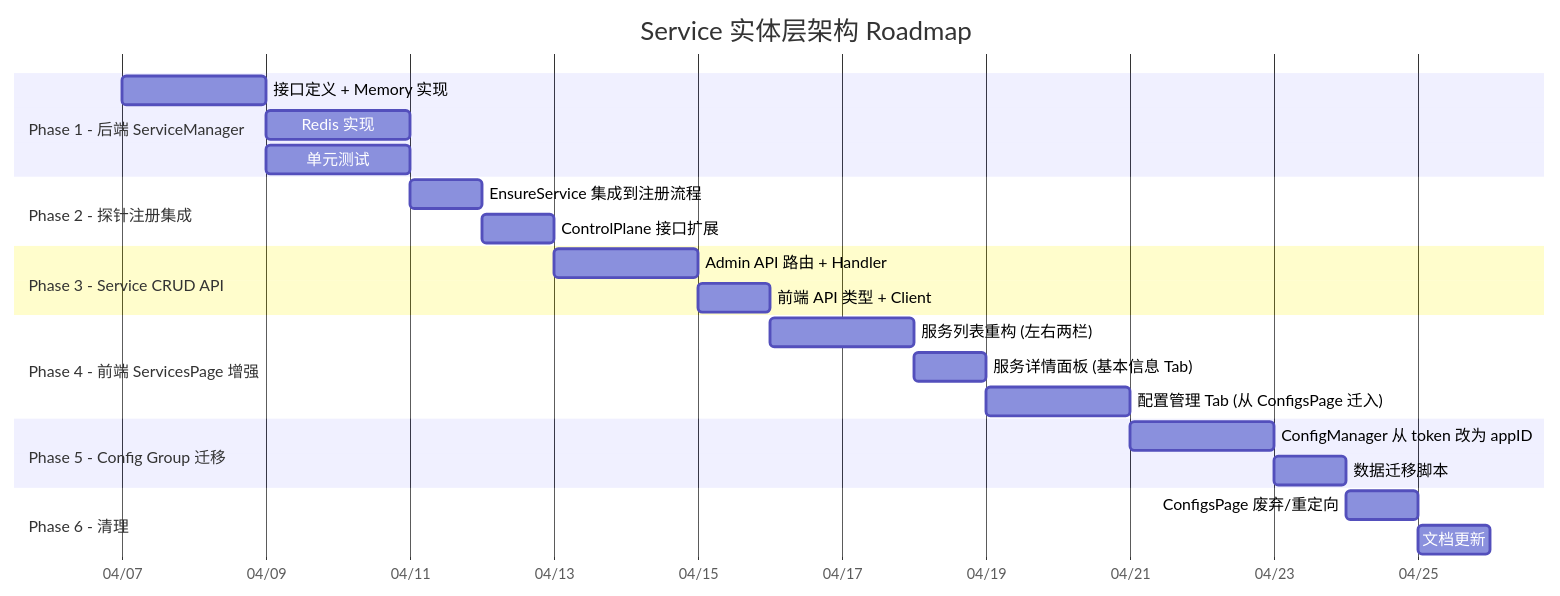
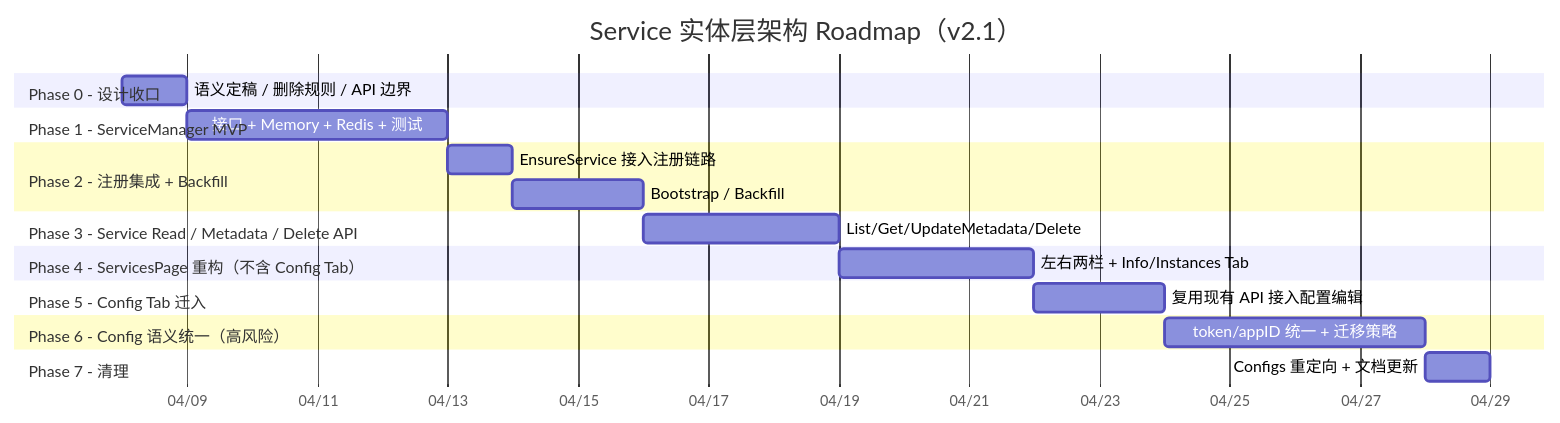
The sixth of 6 diagrams in docs/service-entity-architecture.md (junjiewwang/custom-opentelemetry-collector), drawn with Mermaid before and after one commit. The commit also changed other lines of this file, not shown here.

First line of the commit message:
docs: update service entity architecture - Phase 1~5 progress

````diff
--- a/docs/service-entity-architecture.md
+++ b/docs/service-entity-architecture.md
@@ -478,32 +746,31 @@
 ```mermaid
 gantt
-    title Service 实体层架构 Roadmap
+    title Service 实体层架构 Roadmap（v2.1）
     dateFormat  YYYY-MM-DD
     axisFormat  %m/%d
 
-    section Phase 1 - 后端 ServiceManager
-    接口定义 + Memory 实现          :p1a, 2026-04-07, 2d
-    Redis 实现                      :p1b, after p1a, 2d
-    单元测试                        :p1c, after p1a, 2d
+    section Phase 0 - 设计收口
+    语义定稿 / 删除规则 / API 边界   :p0, 2026-04-08, 1d
 
-    section Phase 2 - 探针注册集成
-    EnsureService 集成到注册流程     :p2a, after p1b, 1d
-    ControlPlane 接口扩展            :p2b, after p2a, 1d
+    section Phase 1 - ServiceManager MVP
+    接口 + Memory + Redis + 测试      :p1, after p0, 4d
 
-    section Phase 3 - Service CRUD API
-    Admin API 路由 + Handler         :p3a, after p2b, 2d
-    前端 API 类型 + Client           :p3b, after p3a, 1d
+    section Phase 2 - 注册集成 + Backfill
+    EnsureService 接入注册链路        :p2a, after p1, 1d
+    Bootstrap / Backfill              :p2b, after p2a, 2d
 
-    section Phase 4 - 前端 ServicesPage 增强
-    服务列表重构 (左右两栏)          :p4a, after p3b, 2d
-    服务详情面板 (基本信息 Tab)      :p4b, after p4a, 1d
-    配置管理 Tab (从 ConfigsPage 迁入):p4c, after p4b, 2d
+    section Phase 3 - Service Read / Metadata / Delete API
+    List/Get/UpdateMetadata/Delete    :p3, after p2b, 3d
 
-    section Phase 5 - Config Group 迁移
-    ConfigManager 从 token 改为 appID :p5a, after p4c, 2d
-    数据迁移脚本                     :p5b, after p5a, 1d
+    section Phase 4 - ServicesPage 重构（不含 Config Tab）
+    左右两栏 + Info/Instances Tab     :p4, after p3, 3d
 
-    section Phase 6 - 清理
-    ConfigsPage 废弃/重定向          :p6a, after p5b, 1d
-    文档更新                         :p6b, after p6a, 1d
+    section Phase 5 - Config Tab 迁入
+    复用现有 API 接入配置编辑         :p5, after p4, 2d
+
+    section Phase 6 - Config 语义统一（高风险）
+    token/appID 统一 + 迁移策略        :p6, after p5, 4d
+
+    section Phase 7 - 清理
+    Configs 重定向 + 文档更新         :p7, after p6, 1d
 ```
````
